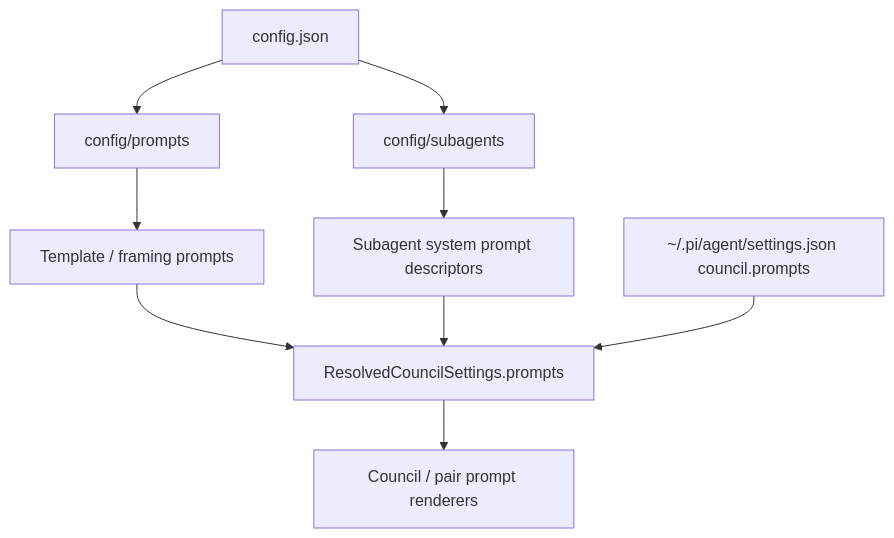
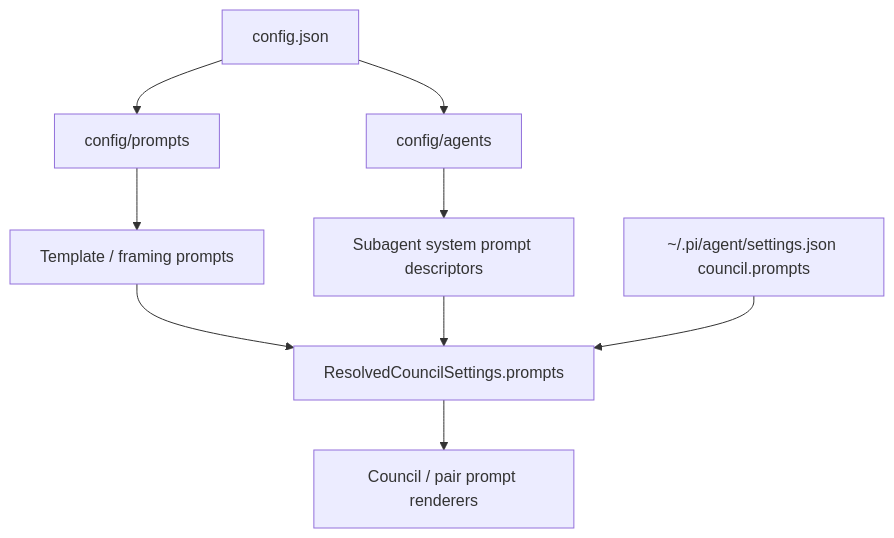
One commit to tS7hKamAYL84j91/pi-tools-and-skills changed the diagram in docs/subagent-system-prompts-plan.md. Above: the diagram before and after it, drawn with Mermaid. The commit also changed other lines of this file and 33 other files, not shown here.

````diff
--- a/docs/subagent-system-prompts-plan.md
+++ b/docs/subagent-system-prompts-plan.md
@@ -28,11 +28,11 @@
 ```mermaid
 flowchart TD
   Config[config.json] --> PromptDir[config/prompts]
-  Config --> SubagentDir[config/subagents]
+  Config --> SubagentDir[config/agents]
   PromptDir --> Templates[Template / framing prompts]
   SubagentDir --> SystemPrompts[Subagent system prompt descriptors]
   Templates --> Settings[ResolvedCouncilSettings.prompts]
   SystemPrompts --> Settings
   UserOverrides[~/.pi/agent/settings.json council.prompts] --> Settings
   Settings --> Council[Council / pair prompt renderers]
 ```
````
